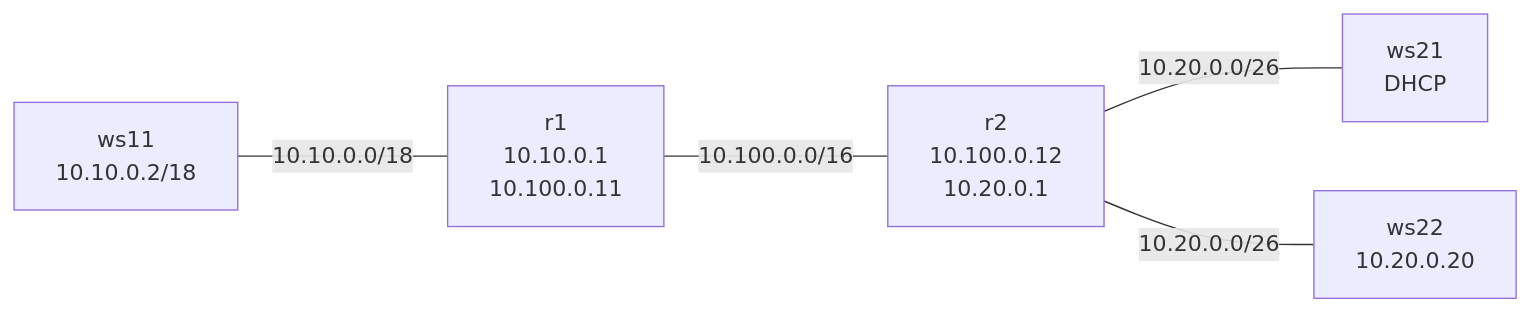
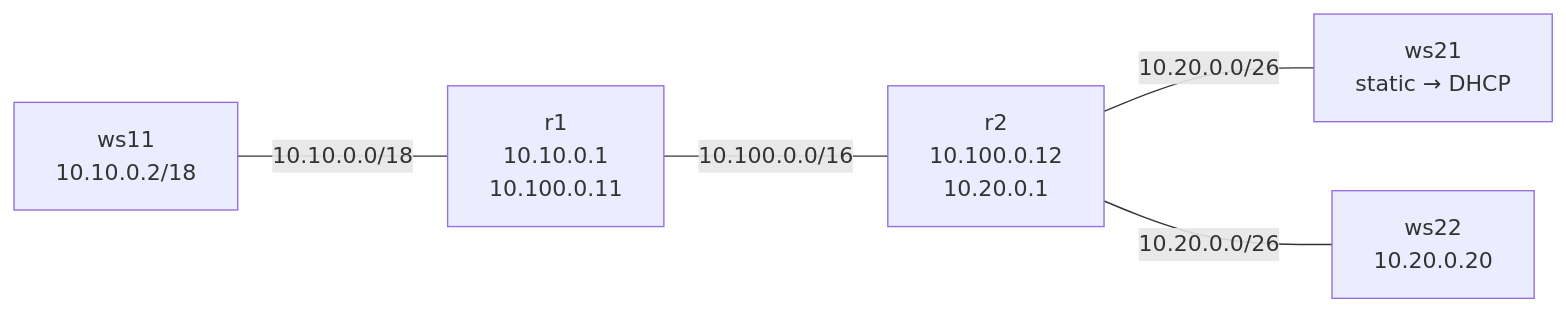
Before and after one commit to emikoff/DO2-Linux-Networking-Lab: the diagram in README.md, drawn with Mermaid. The commit also changed other lines of this file and 12 other files, not shown here.

````diff
--- a/README.md
+++ b/README.md
@@ -14,7 +20,7 @@
 ```mermaid
 flowchart LR
     ws11[ws11<br/>10.10.0.2/18] ---|10.10.0.0/18| r1[r1<br/>10.10.0.1<br/>10.100.0.11]
     r1 ---|10.100.0.0/16| r2[r2<br/>10.100.0.12<br/>10.20.0.1]
-    r2 ---|10.20.0.0/26| ws21[ws21<br/>DHCP]
+    r2 ---|10.20.0.0/26| ws21[ws21<br/>static → DHCP]
     r2 ---|10.20.0.0/26| ws22[ws22<br/>10.20.0.20]
 ```
````
